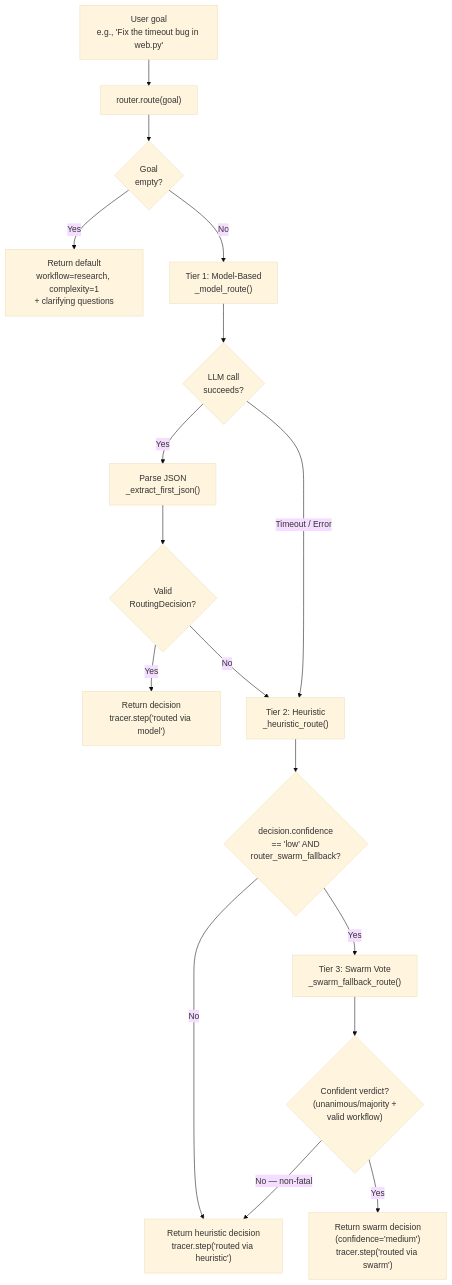
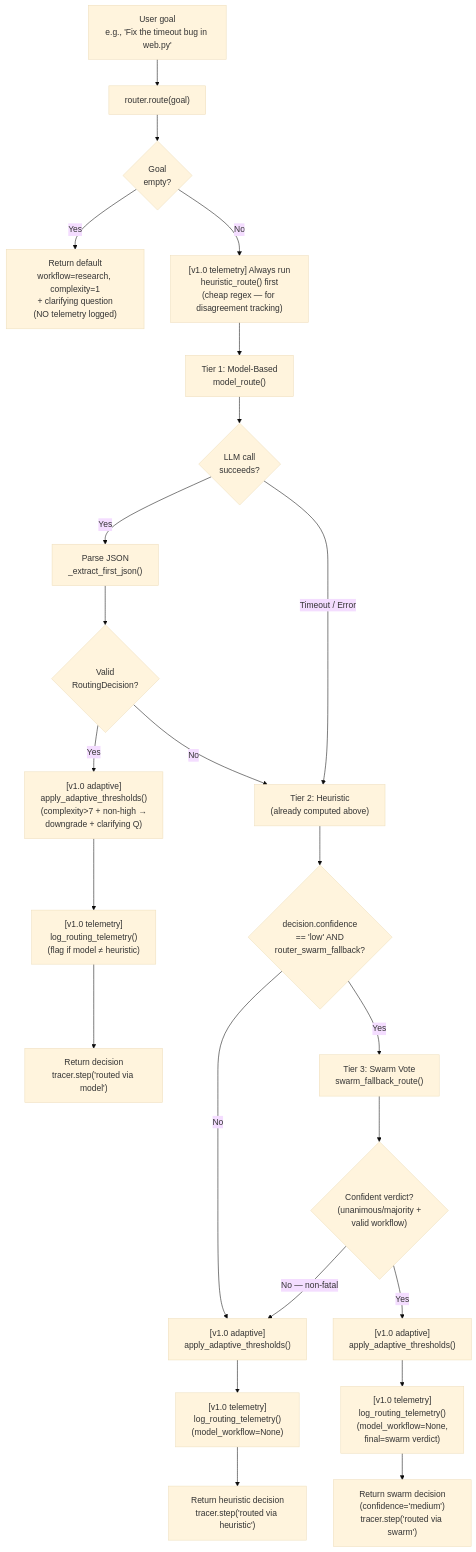
Before and after one commit to brunogcar/agent: the diagram in docs/core/router/ARCHITECTURE.md, drawn with Mermaid (base theme). The commit also changed other lines of this file and 18 other files, not shown here.

First line of the commit message:
﻿refactor(router): v1.0 — split into router_backend/, add telemetry + adaptive thresholds

````diff
--- a/docs/core/router/ARCHITECTURE.md
+++ b/docs/core/router/ARCHITECTURE.md
@@ -43,19 +79,26 @@
 ```mermaid
 graph TD
     A["User goal<br/>e.g., 'Fix the timeout bug in web.py'"] --> B["router.route(goal)"]
     B --> C{Goal<br/>empty?}
-    C -->|Yes| D["Return default<br/>workflow=research, complexity=1<br/>+ clarifying questions"]
-    C -->|No| E["Tier 1: Model-Based<br/>_model_route()"]
+    C -->|Yes| D["Return default<br/>workflow=research, complexity=1<br/>+ clarifying question<br/>(NO telemetry logged)"]
+    C -->|No| T["[v1.0 telemetry] Always run<br/>heuristic_route() first<br/>(cheap regex — for disagreement tracking)"]
+    T --> E["Tier 1: Model-Based<br/>model_route()"]
     E --> F{LLM call<br/>succeeds?}
     F -->|Yes| G["Parse JSON<br/>_extract_first_json()"]
     G --> H{Valid<br/>RoutingDecision?}
-    H -->|Yes| I["Return decision<br/>tracer.step('routed via model')"]
-    H -->|No| J["Tier 2: Heuristic<br/>_heuristic_route()"]
+    H -->|Yes| AD1["[v1.0 adaptive]<br/>apply_adaptive_thresholds()<br/>(complexity>7 + non-high →<br/>downgrade + clarifying Q)"]
+    AD1 --> TL1["[v1.0 telemetry]<br/>log_routing_telemetry()<br/>(flag if model ≠ heuristic)"]
+    TL1 --> I["Return decision<br/>tracer.step('routed via model')"]
+    H -->|No| J["Tier 2: Heuristic<br/>(already computed above)"]
     F -->|Timeout / Error| J
     J --> J2{"decision.confidence<br/>== 'low' AND<br/>router_swarm_fallback?"}
-    J2 -->|No| K["Return heuristic decision<br/>tracer.step('routed via heuristic')"]
-    J2 -->|Yes| S["Tier 3: Swarm Vote<br/>_swarm_fallback_route()"]
+    J2 -->|No| AD3["[v1.0 adaptive]<br/>apply_adaptive_thresholds()"]
+    AD3 --> TL3["[v1.0 telemetry]<br/>log_routing_telemetry()<br/>(model_workflow=None)"]
+    TL3 --> K["Return heuristic decision<br/>tracer.step('routed via heuristic')"]
+    J2 -->|Yes| S["Tier 3: Swarm Vote<br/>swarm_fallback_route()"]
     S --> S2{"Confident verdict?<br/>(unanimous/majority +<br/>valid workflow)"}
-    S2 -->|Yes| S3["Return swarm decision<br/>(confidence='medium')<br/>tracer.step('routed via swarm')"]
-    S2 -->|No — non-fatal| K
+    S2 -->|Yes| AD2["[v1.0 adaptive]<br/>apply_adaptive_thresholds()"]
+    AD2 --> TL2["[v1.0 telemetry]<br/>log_routing_telemetry()<br/>(model_workflow=None,<br/>final=swarm verdict)"]
+    TL2 --> S3["Return swarm decision<br/>(confidence='medium')<br/>tracer.step('routed via swarm')"]
+    S2 -->|No — non-fatal| AD3
 ```
````
